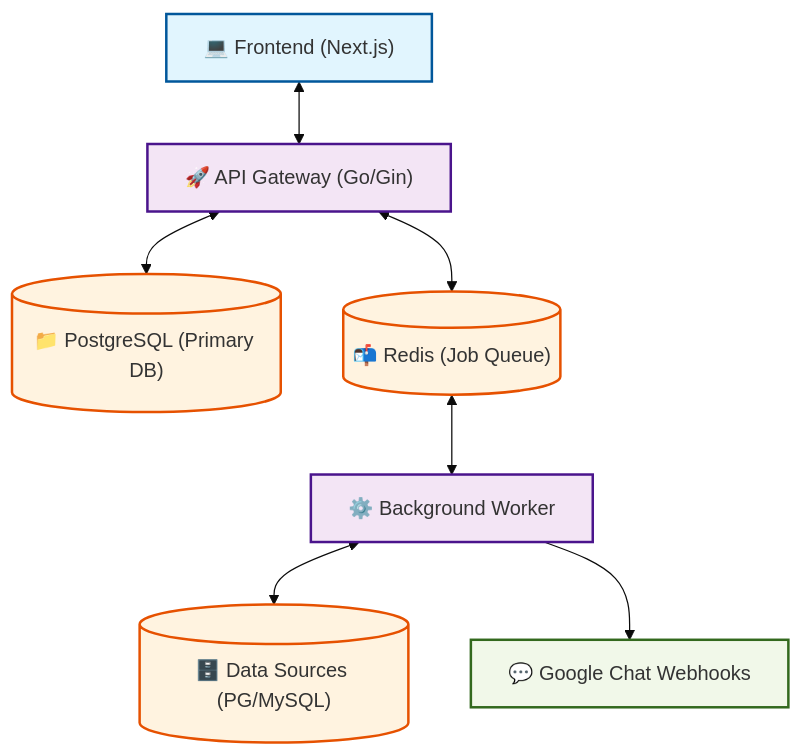
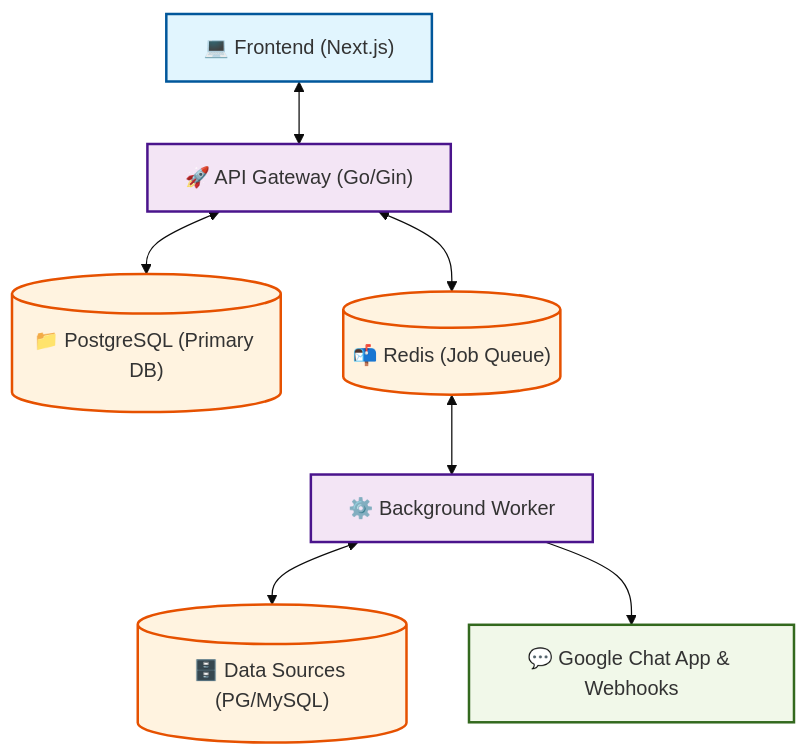
The diagram in README.md (gatot-sayogya/querybase), drawn with Mermaid (base theme) before and after one commit. The commit also changed other lines of this file and 16 other files, not shown here.

Commit message:
feat: implement google chat interactive approval plugin

````diff
--- a/README.md
+++ b/README.md
@@ -47,22 +47,22 @@
 ```mermaid
 graph TD
     classDef frontend fill:#e1f5fe,stroke:#01579b,stroke-width:2px;
     classDef backend fill:#f3e5f5,stroke:#4a148c,stroke-width:2px;
     classDef storage fill:#fff3e0,stroke:#e65100,stroke-width:2px;
     classDef external fill:#f1f8e9,stroke:#33691e,stroke-width:2px;
 
     FE["💻 Frontend (Next.js)"]:::frontend
     API["🚀 API Gateway (Go/Gin)"]:::backend
     DB[("📁 PostgreSQL (Primary DB)")]:::storage
     Queue[("📬 Redis (Job Queue)")]:::storage
     Worker["⚙️ Background Worker"]:::backend
     Sources[("🗄️ Data Sources (PG/MySQL)")]:::storage
-    Chat["💬 Google Chat Webhooks"]:::external
+    Chat["💬 Google Chat App & Webhooks"]:::external
 
     FE <--> API
     API <--> DB
     API <--> Queue
     Queue <--> Worker
     Worker <--> Sources
     Worker --> Chat
 ```
````
